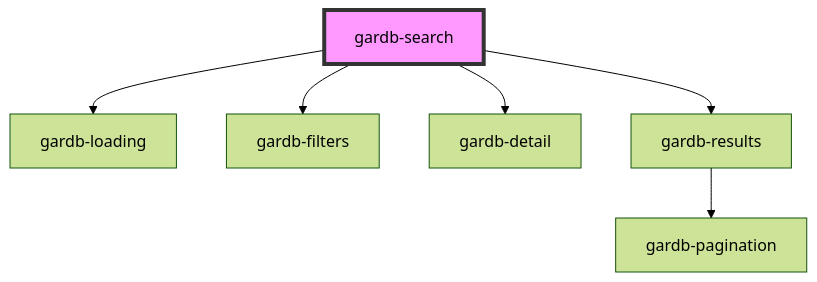
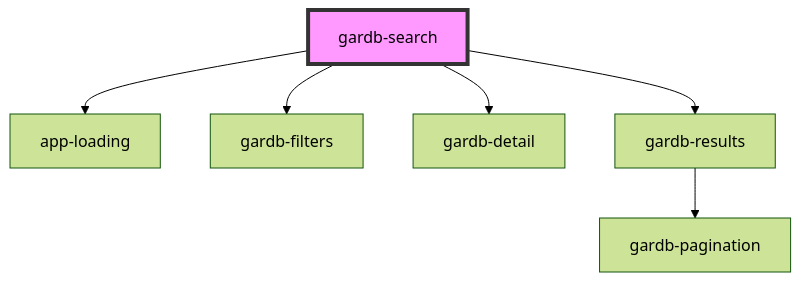
Before and after one commit to neropha/stencil-gardb: the diagram in src/components/gardb-search/readme.md, drawn with Mermaid (forest theme). The commit also changed other lines of this file and 30 other files, not shown here.

````diff
--- a/src/components/gardb-search/readme.md
+++ b/src/components/gardb-search/readme.md
@@ -25,9 +25,9 @@
 ```mermaid
 graph TD;
-  gardb-search --> gardb-loading
+  gardb-search --> app-loading
   gardb-search --> gardb-filters
   gardb-search --> gardb-detail
   gardb-search --> gardb-results
   gardb-results --> gardb-pagination
   style gardb-search fill:#f9f,stroke:#333,stroke-width:4px
 ```
````
